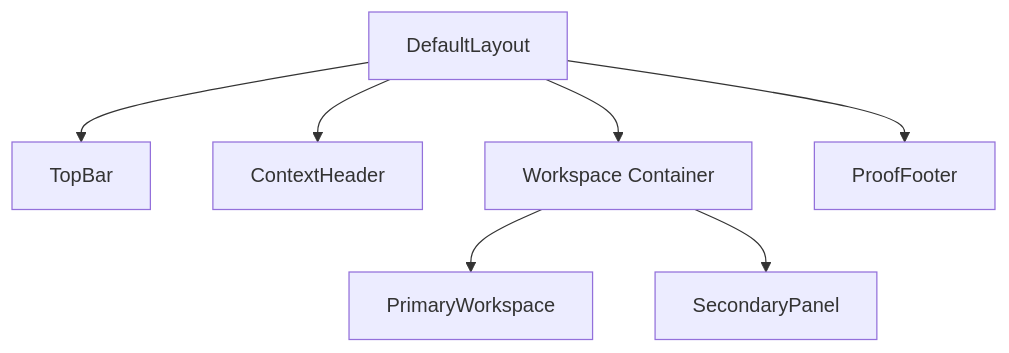
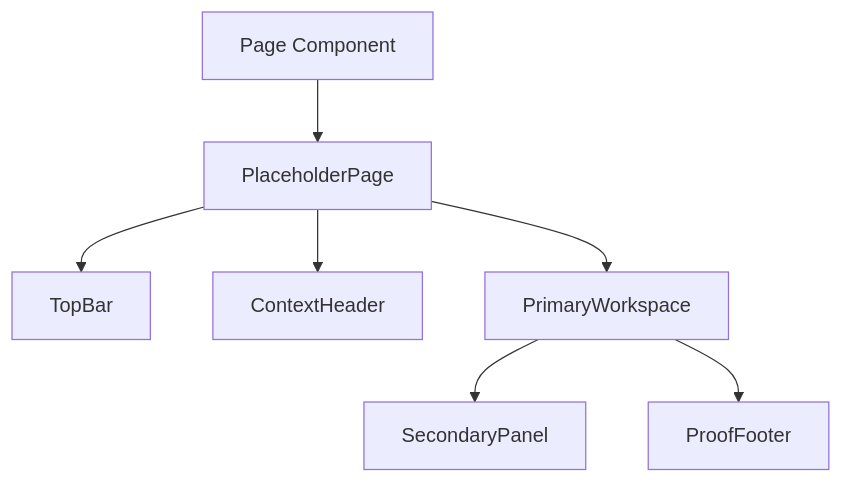
The sixth of 7 diagrams in .qoder/repowiki/en/content/Component Library Reference/Layout Components.md (srustivd940-star/design-system), drawn with Mermaid before and after one commit. The commit also changed other lines of this file and 18 other files, not shown here.

````diff
--- a/.qoder/repowiki/en/content/Component Library Reference/Layout Components.md
+++ b/.qoder/repowiki/en/content/Component Library Reference/Layout Components.md
@@ -270,16 +310,16 @@
 ```mermaid
 graph TB
-DL["DefaultLayout"]
+PAGE["Page Component"]
+PH["PlaceholderPage"]
 TB["TopBar"]
 CH["ContextHeader"]
-WS["Workspace Container"]
 PW["PrimaryWorkspace"]
 SP["SecondaryPanel"]
 PF["ProofFooter"]
-DL --> TB
-DL --> CH
-DL --> WS
-WS --> PW
-WS --> SP
-DL --> PF
+PAGE --> PH
+PH --> TB
+PH --> CH
+PH --> PW
+PW --> SP
+PW --> PF
 ```
````
